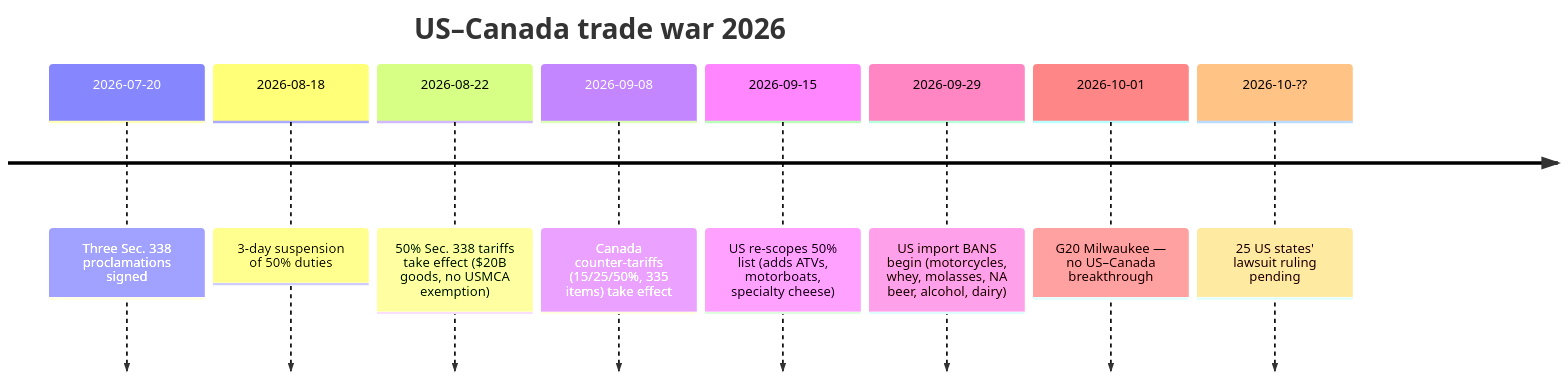
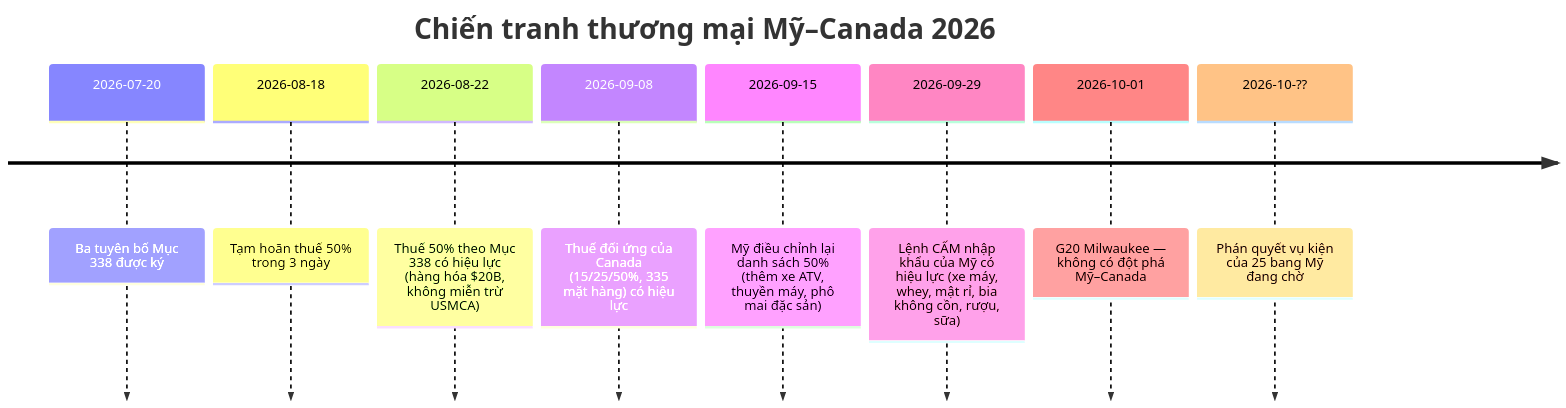
One commit to dureach/research changed the first of 3 diagrams in Global-Trade-Intelligence-weekly-2026-10-05/index.vi.md. Above: the diagram before and after it, drawn with Mermaid. The commit also changed other lines of this file and 5 other files, not shown here.

Commit message:
Translate mermaid diagram labels in all 6 languages

````diff
--- a/Global-Trade-Intelligence-weekly-2026-10-05/index.vi.md
+++ b/Global-Trade-Intelligence-weekly-2026-10-05/index.vi.md
@@ -361,12 +361,12 @@
 ```mermaid
 timeline
-    title US–Canada trade war 2026
-    2026-07-20 : Three Sec. 338 proclamations signed
-    2026-08-18 : 3-day suspension of 50% duties
-    2026-08-22 : 50% Sec. 338 tariffs take effect ($20B goods, no USMCA exemption)
-    2026-09-08 : Canada counter-tariffs (15/25/50%, 335 items) take effect
-    2026-09-15 : US re-scopes 50% list (adds ATVs, motorboats, specialty cheese)
-    2026-09-29 : US import BANS begin (motorcycles, whey, molasses, NA beer, alcohol, dairy)
-    2026-10-01 : G20 Milwaukee — no US–Canada breakthrough
-    2026-10-?? : 25 US states' lawsuit ruling pending
+    title Chiến tranh thương mại Mỹ–Canada 2026
+    2026-07-20 : Ba tuyên bố Mục 338 được ký
+    2026-08-18 : Tạm hoãn thuế 50% trong 3 ngày
+    2026-08-22 : Thuế 50% theo Mục 338 có hiệu lực (hàng hóa $20B, không miễn trừ USMCA)
+    2026-09-08 : Thuế đối ứng của Canada (15/25/50%, 335 mặt hàng) có hiệu lực
+    2026-09-15 : Mỹ điều chỉnh lại danh sách 50% (thêm xe ATV, thuyền máy, phô mai đặc sản)
+    2026-09-29 : Lệnh CẤM nhập khẩu của Mỹ có hiệu lực (xe máy, whey, mật rỉ, bia không cồn, rượu, sữa)
+    2026-10-01 : G20 Milwaukee — không có đột phá Mỹ–Canada
+    2026-10-?? : Phán quyết vụ kiện của 25 bang Mỹ đang chờ
 ```
````
